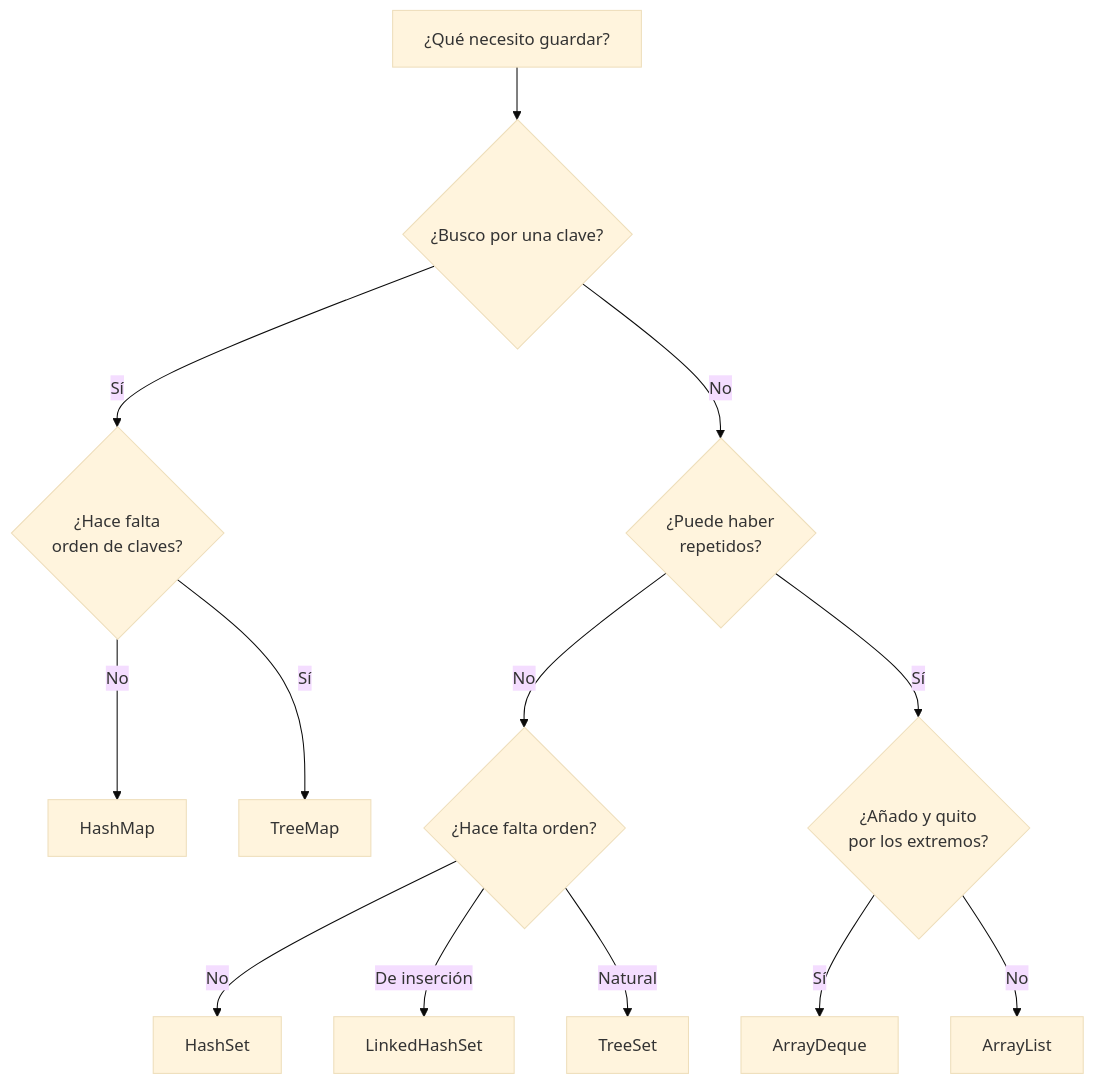
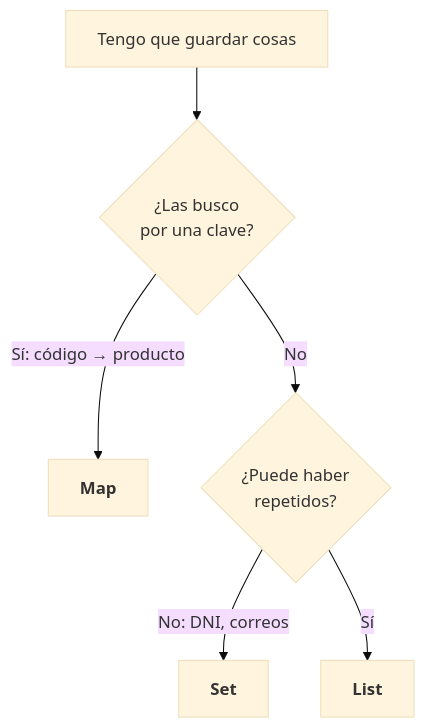
Before and after one commit to campusdevfp/dwes2627: the first of 2 diagrams in docs/ut2/04-colecciones-y-funcional.md, drawn with Mermaid (base theme). The commit also changed other lines of this file and 11 other files, not shown here.

````diff
--- a/docs/ut2/04-colecciones-y-funcional.md
+++ b/docs/ut2/04-colecciones-y-funcional.md
@@ -229,15 +158,8 @@
 ```mermaid
 flowchart TD
-    A["¿Qué necesito guardar?"] --> B{"¿Busco por una clave?"}
-    B -->|Sí| C{"¿Hace falta<br/>orden de claves?"}
-    C -->|No| D["HashMap"]
-    C -->|Sí| E["TreeMap"]
-    B -->|No| F{"¿Puede haber<br/>repetidos?"}
-    F -->|No| G{"¿Hace falta orden?"}
-    G -->|No| H["HashSet"]
-    G -->|"De inserción"| I["LinkedHashSet"]
-    G -->|"Natural"| J["TreeSet"]
-    F -->|Sí| K{"¿Añado y quito<br/>por los extremos?"}
-    K -->|Sí| L["ArrayDeque"]
-    K -->|No| M["ArrayList"]
+    A["Tengo que guardar cosas"] --> B{"¿Las busco<br/>por una clave?"}
+    B -->|"Sí: código → producto"| C["<b>Map</b>"]
+    B -->|No| D{"¿Puede haber<br/>repetidos?"}
+    D -->|"No: DNI, correos"| E["<b>Set</b>"]
+    D -->|Sí| F["<b>List</b>"]
 ```
````
